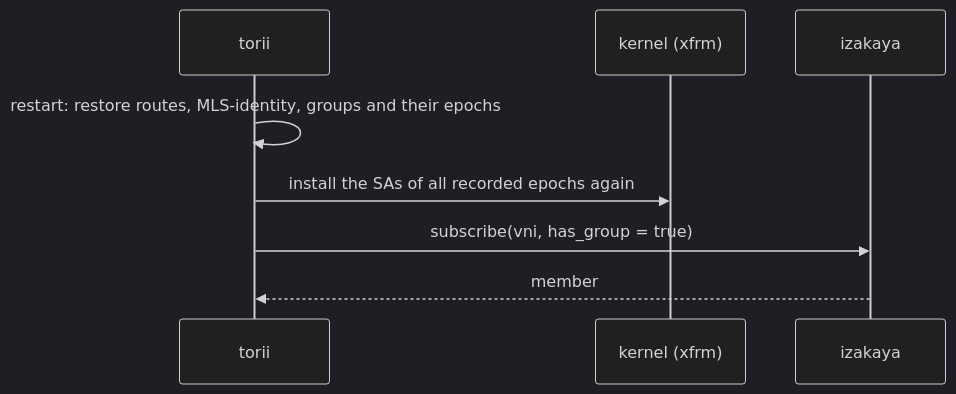
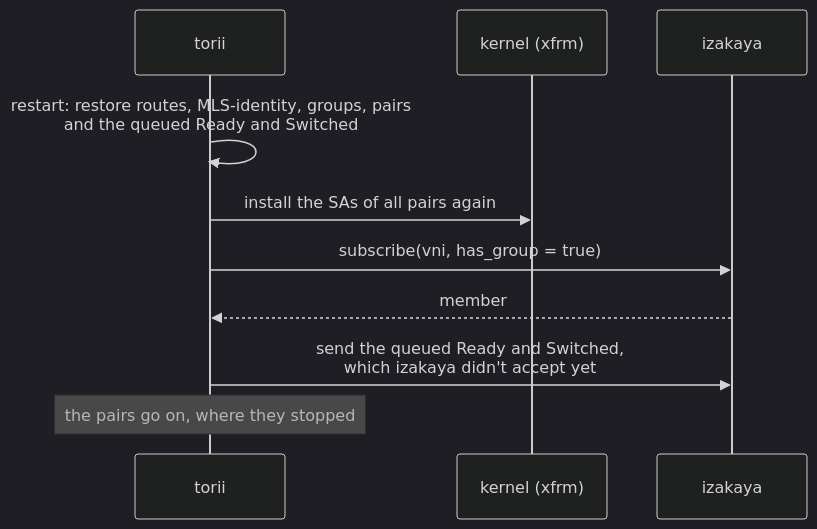
Before and after one commit to kitsudaiki/ainari: diagram 14 of 20 in docs/developer/sequence_diagrams/network_crypto_key_exchange.md, drawn with Mermaid (dark theme). The commit also changed other lines of this file and 3 other files, not shown here.

````diff
--- a/docs/developer/sequence_diagrams/network_crypto_key_exchange.md
+++ b/docs/developer/sequence_diagrams/network_crypto_key_exchange.md
@@ -463,11 +514,13 @@
 ```mermaid
 sequenceDiagram
     participant T as torii
     participant K as kernel (xfrm)
     participant I as izakaya
 
-    T->>T: restart: restore routes, MLS-identity, groups and their epochs
-    T->>K: install the SAs of all recorded epochs again
+    T->>T: restart: restore routes, MLS-identity, groups, pairs<br/>and the queued Ready and Switched
+    T->>K: install the SAs of all pairs again
     T->>I: subscribe(vni, has_group = true)
     I-->>T: member
+    T->>I: send the queued Ready and Switched,<br/>which izakaya didn't accept yet
+    Note over T: the pairs go on, where they stopped
 ```
````
